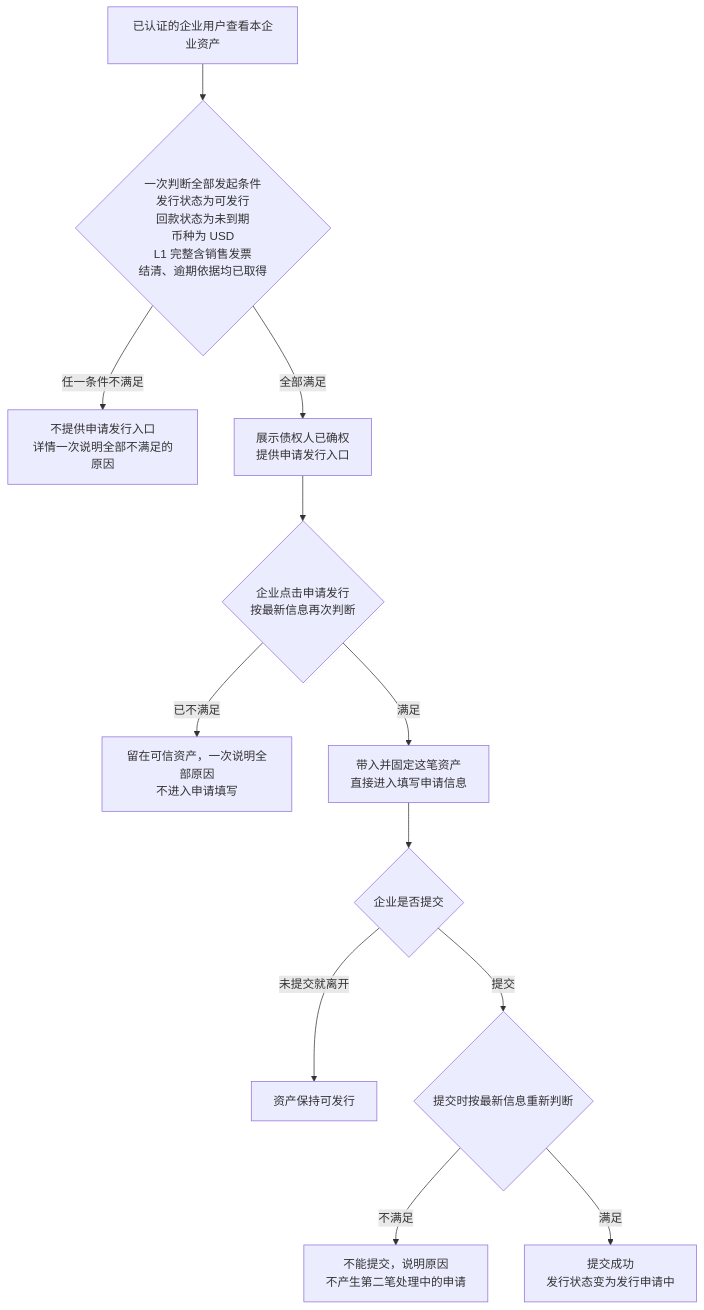
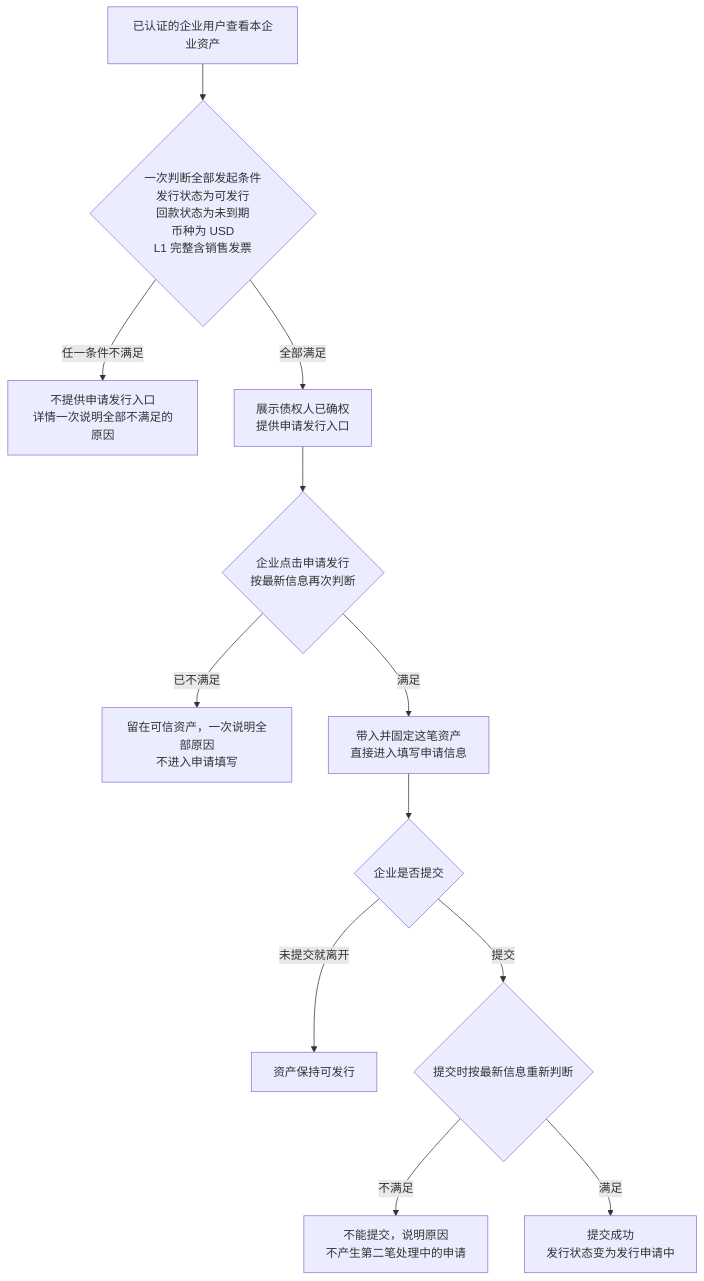
Before and after one commit to wxblockchain/Chain-Financing: the fifth of 6 diagrams in token-issuance-platform/PRD/两端共用/M2-可信资产/02-可信资产-流程图与状态机.md, drawn with Mermaid. The commit also changed other lines of this file and 2 other files, not shown here.

````diff
--- a/token-issuance-platform/PRD/两端共用/M2-可信资产/02-可信资产-流程图与状态机.md
+++ b/token-issuance-platform/PRD/两端共用/M2-可信资产/02-可信资产-流程图与状态机.md
@@ -88,14 +84,14 @@
 ```mermaid
 flowchart TD
-    A[已认证的企业用户查看本企业资产] --> B{一次判断全部发起条件<br/>发行状态为可发行<br/>回款状态为未到期<br/>币种为 USD<br/>L1 完整含销售发票<br/>结清、逾期依据均已取得}
+    A[已认证的企业用户查看本企业资产] --> B{一次判断全部发起条件<br/>发行状态为可发行<br/>回款状态为未到期<br/>币种为 USD<br/>L1 完整含销售发票}
     B -->|任一条件不满足| X[不提供申请发行入口<br/>详情一次说明全部不满足的原因]
     B -->|全部满足| F[展示债权人已确权<br/>提供申请发行入口]
     F --> F1{企业点击申请发行<br/>按最新信息再次判断}
     F1 -->|已不满足| F2[留在可信资产，一次说明全部原因<br/>不进入申请填写]
     F1 -->|满足| F3[带入并固定这笔资产<br/>直接进入填写申请信息]
     F3 --> G{企业是否提交}
     G -->|未提交就离开| H[资产保持可发行]
     G -->|提交| I{提交时按最新信息重新判断}
     I -->|不满足| J[不能提交，说明原因<br/>不产生第二笔处理中的申请]
     I -->|满足| K[提交成功<br/>发行状态变为发行申请中]
 ```
````
